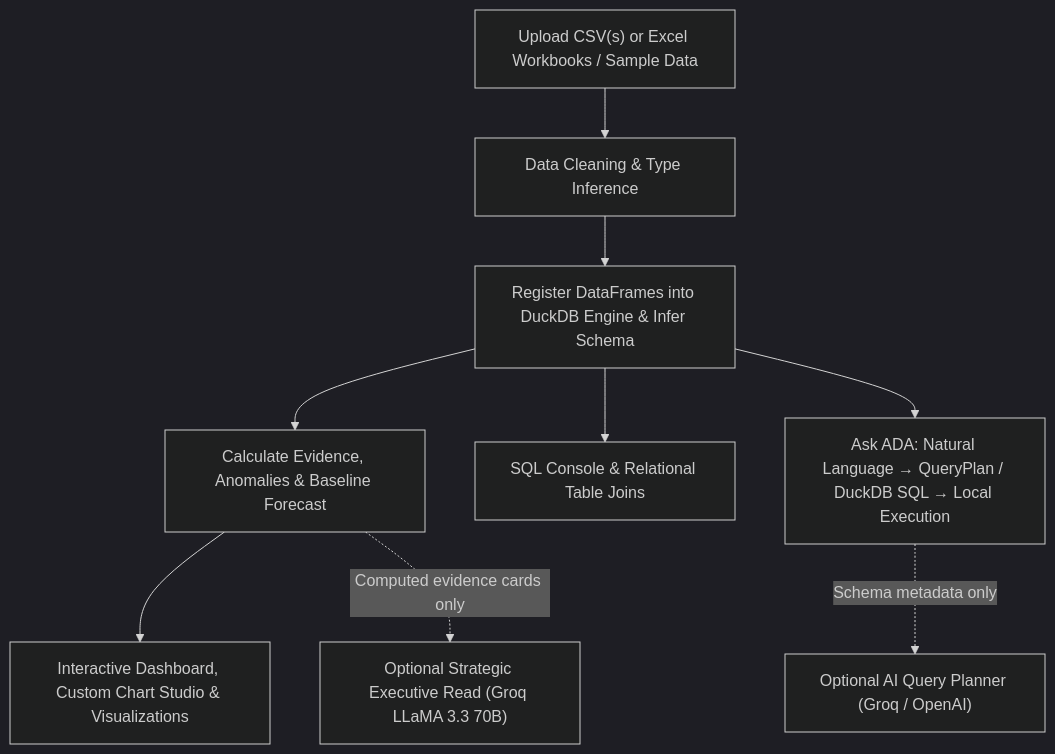
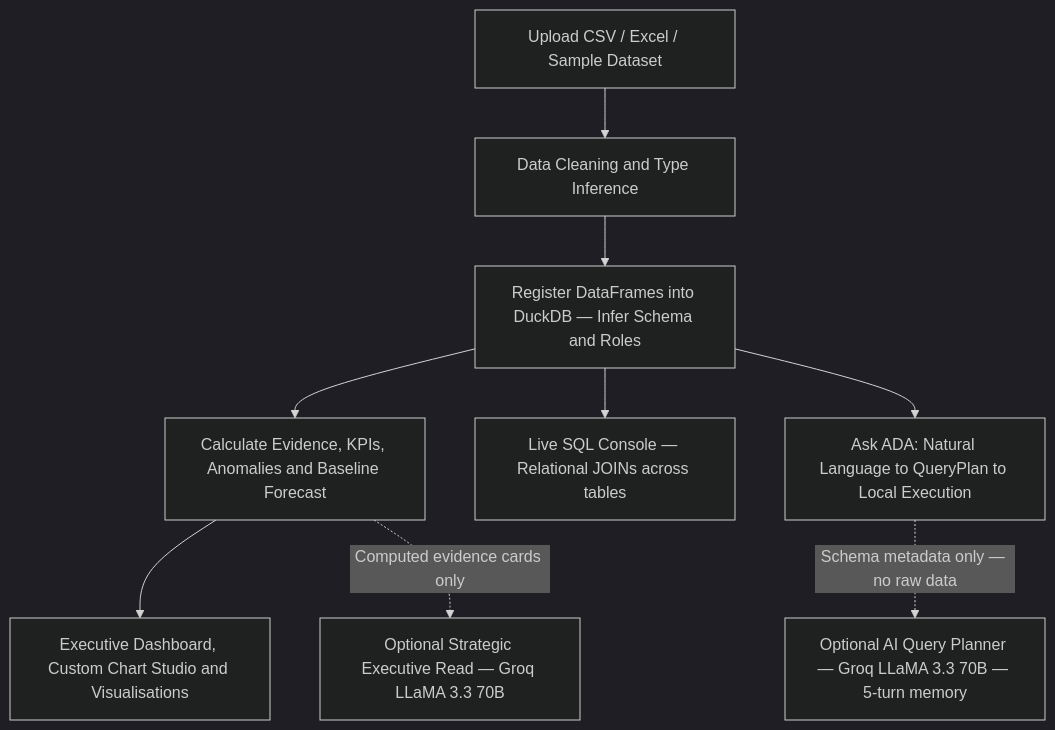
One commit to KartikeyaM2007/AADA changed the diagram in README.md. Above: the diagram before and after it, drawn with Mermaid (dark theme). The commit also changed other lines of this file and 11 other files, not shown here.

````diff
--- a/README.md
+++ b/README.md
@@ -79,11 +116,11 @@
 ```mermaid
 flowchart TD
-    A["Upload CSV(s) or Excel Workbooks / Sample Data"] --> B["Data Cleaning & Type Inference"]
-    B --> C["Register DataFrames into DuckDB Engine & Infer Schema"]
-    C --> D["Calculate Evidence, Anomalies & Baseline Forecast"]
-    C --> E["SQL Console & Relational Table Joins"]
-    D --> F["Interactive Dashboard, Custom Chart Studio & Visualizations"]
-    C --> G["Ask ADA: Natural Language → QueryPlan / DuckDB SQL → Local Execution"]
-    G -. "Schema metadata only" .-> H["Optional AI Query Planner (Groq / OpenAI)"]
-    D -. "Computed evidence cards only" .-> I["Optional Strategic Executive Read (Groq LLaMA 3.3 70B)"]
+    A["Upload CSV / Excel / Sample Dataset"] --> B["Data Cleaning and Type Inference"]
+    B --> C["Register DataFrames into DuckDB — Infer Schema and Roles"]
+    C --> D["Calculate Evidence, KPIs, Anomalies and Baseline Forecast"]
+    C --> E["Live SQL Console — Relational JOINs across tables"]
+    D --> F["Executive Dashboard, Custom Chart Studio and Visualisations"]
+    C --> G["Ask ADA: Natural Language to QueryPlan to Local Execution"]
+    G -. "Schema metadata only — no raw data" .-> H["Optional AI Query Planner — Groq LLaMA 3.3 70B — 5-turn memory"]
+    D -. "Computed evidence cards only" .-> I["Optional Strategic Executive Read — Groq LLaMA 3.3 70B"]
 ```
````
